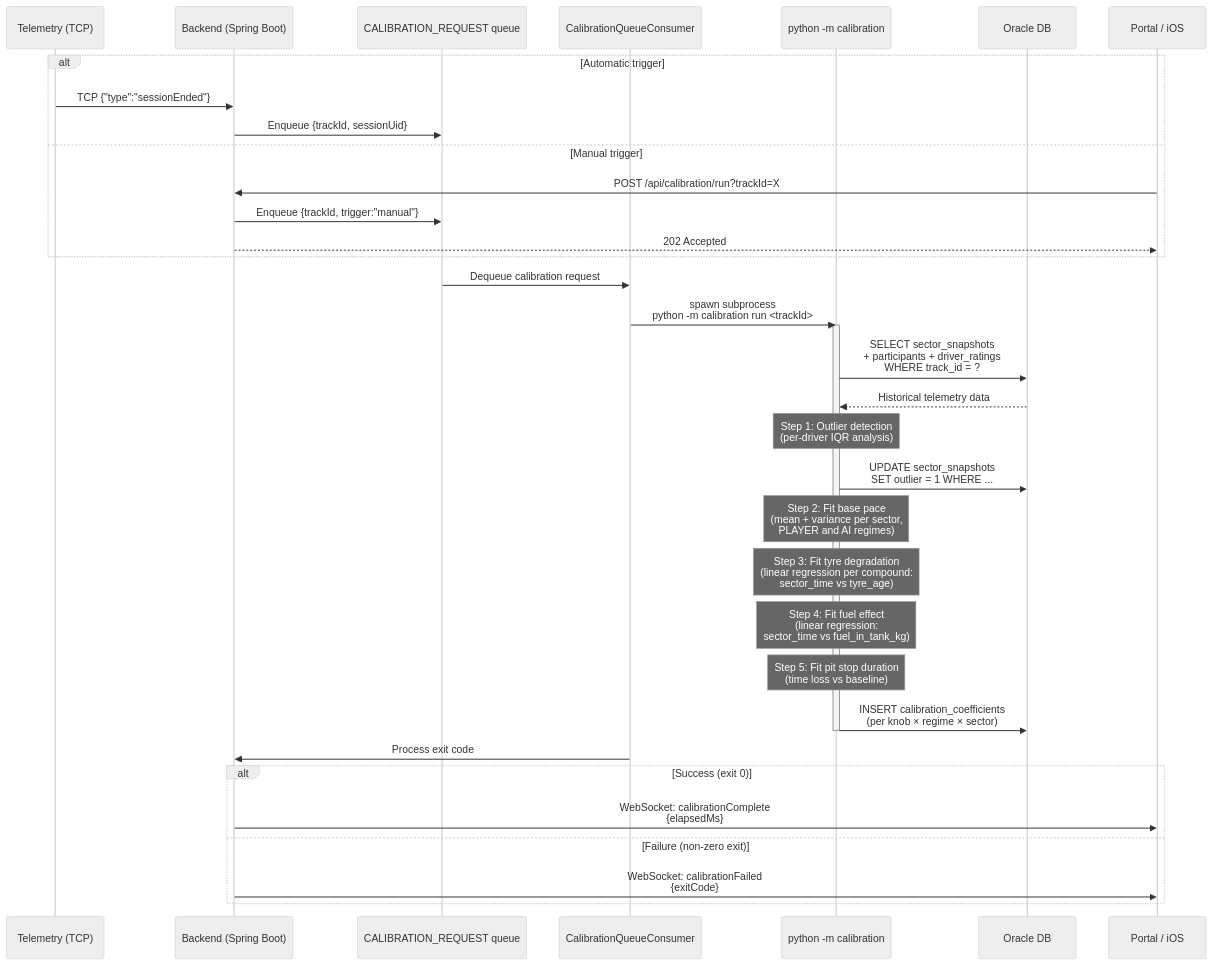
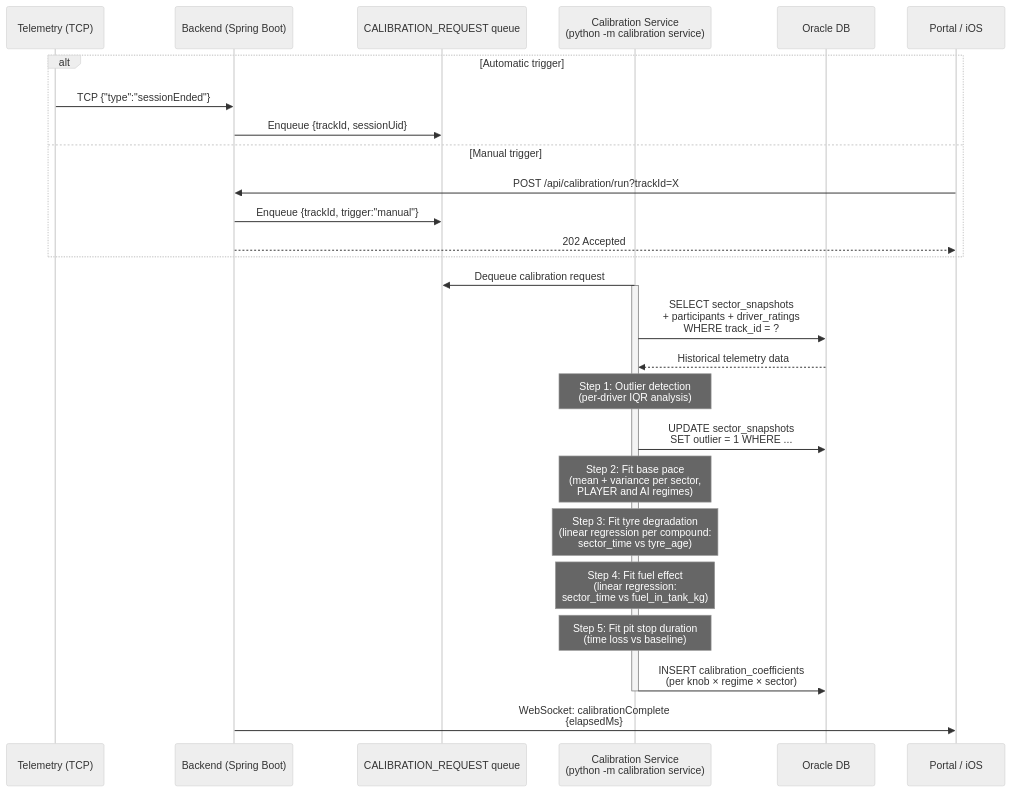
Before and after one commit to vmleon/f12025-race-strategy-simulation: the second of 4 diagrams in design/05-CALIBRATION.md, drawn with Mermaid (neutral theme). The commit also changed other lines of this file and 2 other files, not shown here.

Commit message:
docs: update calibration service model and race engineer delivery rules

````diff
--- a/design/05-CALIBRATION.md
+++ b/design/05-CALIBRATION.md
@@ -19,47 +19,40 @@
 ```mermaid
 sequenceDiagram
     participant Telemetry as Telemetry (TCP)
     participant Backend as Backend (Spring Boot)
     participant Q as CALIBRATION_REQUEST queue
-    participant Consumer as CalibrationQueueConsumer
-    participant Subprocess as python -m calibration
+    participant Service as Calibration Service<br/>(python -m calibration service)
     participant DB as Oracle DB
     participant Portal as Portal / iOS
 
     alt Automatic trigger
         Telemetry->>Backend: TCP {"type":"sessionEnded"}
         Backend->>Q: Enqueue {trackId, sessionUid}
     else Manual trigger
         Portal->>Backend: POST /api/calibration/run?trackId=X
         Backend->>Q: Enqueue {trackId, trigger:"manual"}
         Backend-->>Portal: 202 Accepted
     end
 
-    Q->>Consumer: Dequeue calibration request
-    Consumer->>Subprocess: spawn subprocess<br/>python -m calibration run <trackId>
-    activate Subprocess
+    Service->>Q: Dequeue calibration request
+    activate Service
 
-    Subprocess->>DB: SELECT sector_snapshots<br/>+ participants + driver_ratings<br/>WHERE track_id = ?
-    DB-->>Subprocess: Historical telemetry data
+    Service->>DB: SELECT sector_snapshots<br/>+ participants + driver_ratings<br/>WHERE track_id = ?
+    DB-->>Service: Historical telemetry data
 
-    Note over Subprocess: Step 1: Outlier detection<br/>(per-driver IQR analysis)
-    Subprocess->>DB: UPDATE sector_snapshots<br/>SET outlier = 1 WHERE ...
+    Note over Service: Step 1: Outlier detection<br/>(per-driver IQR analysis)
+    Service->>DB: UPDATE sector_snapshots<br/>SET outlier = 1 WHERE ...
 
-    Note over Subprocess: Step 2: Fit base pace<br/>(mean + variance per sector,<br/>PLAYER and AI regimes)
+    Note over Service: Step 2: Fit base pace<br/>(mean + variance per sector,<br/>PLAYER and AI regimes)
 
-    Note over Subprocess: Step 3: Fit tyre degradation<br/>(linear regression per compound:<br/>sector_time vs tyre_age)
+    Note over Service: Step 3: Fit tyre degradation<br/>(linear regression per compound:<br/>sector_time vs tyre_age)
 
-    Note over Subprocess: Step 4: Fit fuel effect<br/>(linear regression:<br/>sector_time vs fuel_in_tank_kg)
+    Note over Service: Step 4: Fit fuel effect<br/>(linear regression:<br/>sector_time vs fuel_in_tank_kg)
 
-    Note over Subprocess: Step 5: Fit pit stop duration<br/>(time loss vs baseline)
+    Note over Service: Step 5: Fit pit stop duration<br/>(time loss vs baseline)
 
-    Subprocess->>DB: INSERT calibration_coefficients<br/>(per knob × regime × sector)
-    deactivate Subprocess
+    Service->>DB: INSERT calibration_coefficients<br/>(per knob × regime × sector)
+    deactivate Service
 
-    Consumer->>Backend: Process exit code
-    alt Success (exit 0)
-        Backend->>Portal: WebSocket: calibrationComplete<br/>{elapsedMs}
-    else Failure (non-zero exit)
-        Backend->>Portal: WebSocket: calibrationFailed<br/>{exitCode}
-    end
+    Backend->>Portal: WebSocket: calibrationComplete<br/>{elapsedMs}
 ```
````
